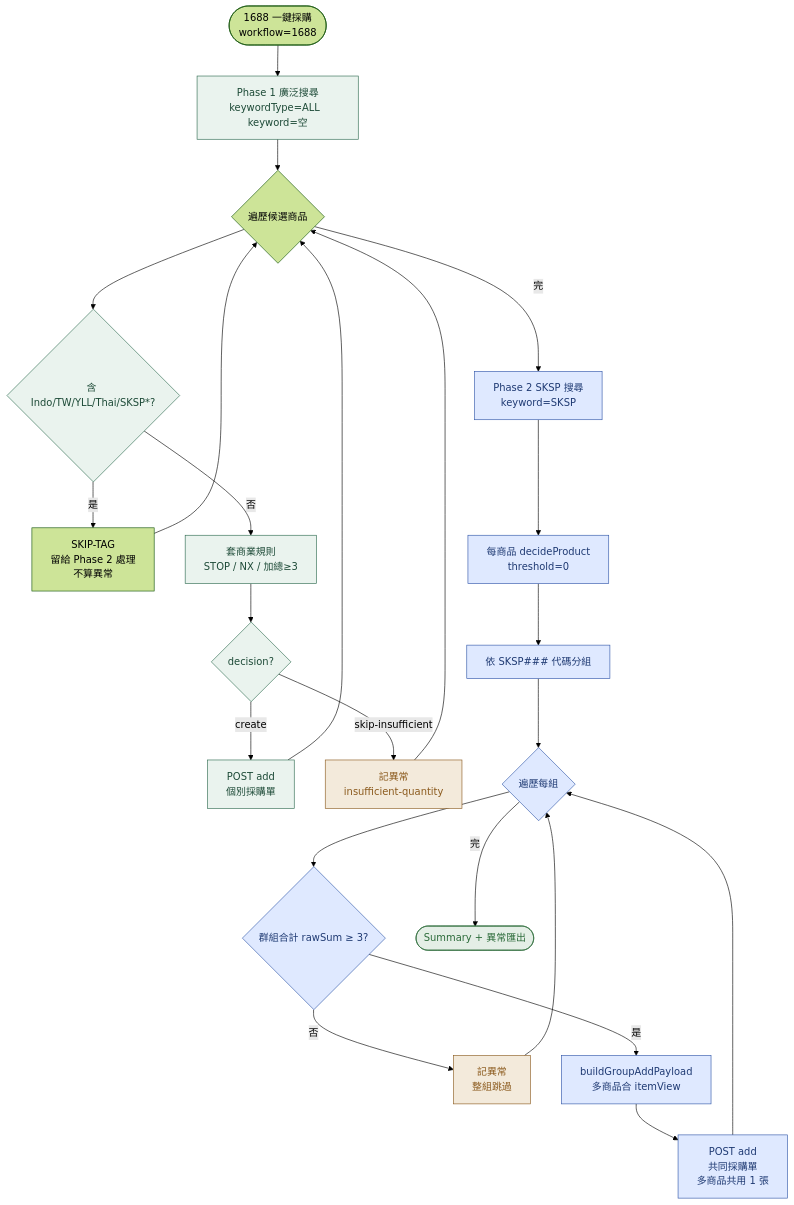
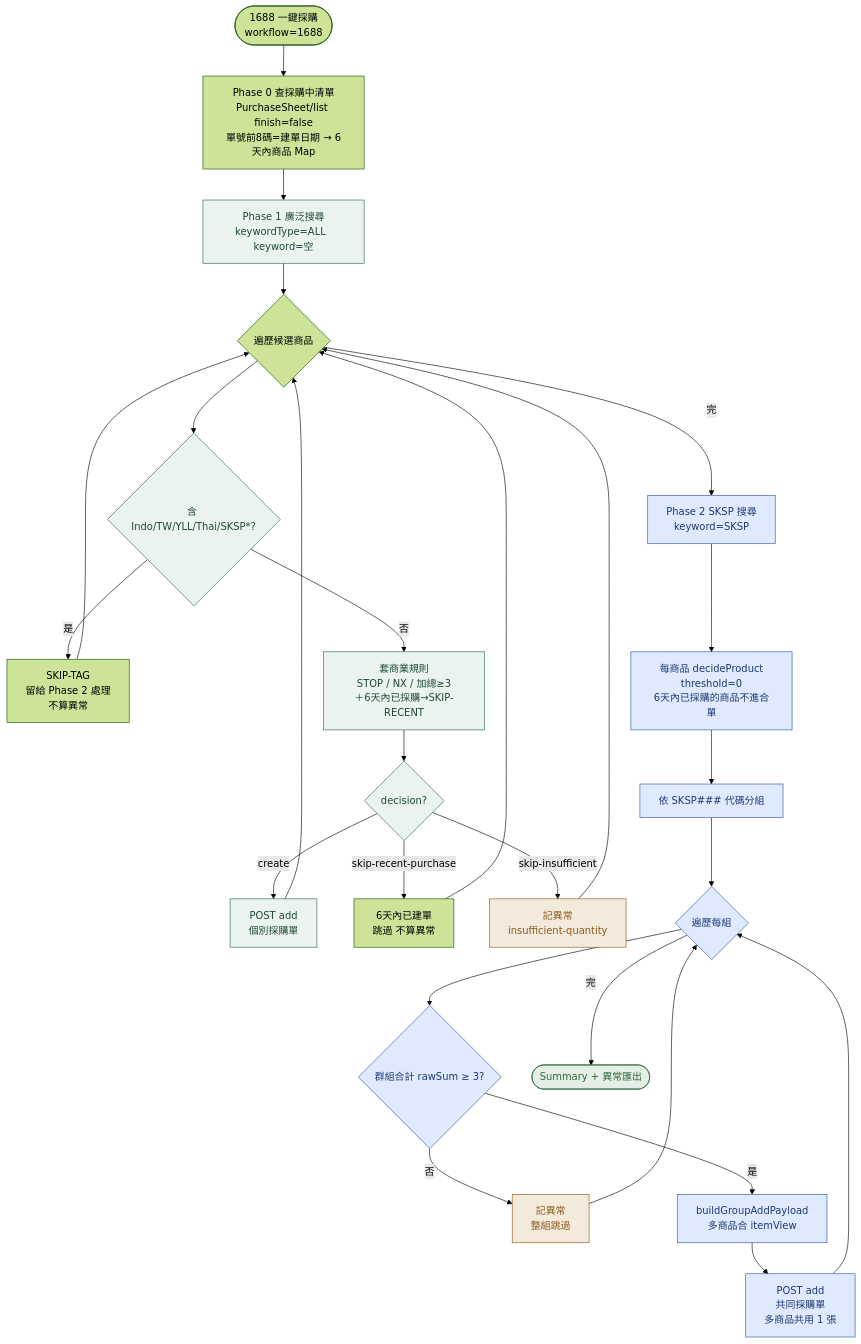
One commit to mamiclores-cloud/Justin-ERP-purchase changed the third of 6 diagrams in README.md. Above: the diagram before and after it, drawn with Mermaid (forest theme). The commit also changed other lines of this file and 4 other files, not shown here.

````diff
--- a/README.md
+++ b/README.md
@@ -221,34 +222,37 @@
 ```mermaid
 flowchart TD
-    Start([1688 一鍵採購<br/>workflow=1688]) --> P1Search[Phase 1 廣泛搜尋<br/>keywordType=ALL  keyword=空]
+    Start([1688 一鍵採購<br/>workflow=1688]) --> P0[Phase 0 查採購中清單<br/>PurchaseSheet/list finish=false<br/>單號前8碼=建單日期 → 6天內商品 Map]
+    P0 --> P1Search[Phase 1 廣泛搜尋<br/>keywordType=ALL  keyword=空]
     P1Search --> P1Loop{遍歷候選商品}
     P1Loop --> P1Tag{含 Indo/TW/YLL/Thai/SKSP*?}
     P1Tag -->|是| P1Skip[SKIP-TAG<br/>留給 Phase 2 處理<br/>不算異常]
-    P1Tag -->|否| P1Rules[套商業規則<br/>STOP / NX / 加總≥3]
+    P1Tag -->|否| P1Rules[套商業規則<br/>STOP / NX / 加總≥3<br/>＋6天內已採購→SKIP-RECENT]
     P1Rules --> P1Decide{decision?}
     P1Decide -->|create| P1Post[POST add<br/>個別採購單]
+    P1Decide -->|skip-recent-purchase| P1Recent[6天內已建單<br/>跳過 不算異常]
     P1Decide -->|skip-insufficient| P1Anom[記異常<br/>insufficient-quantity]
     P1Skip --> P1Loop
     P1Post --> P1Loop
+    P1Recent --> P1Loop
     P1Anom --> P1Loop
     P1Loop -->|完| P2Search[Phase 2 SKSP 搜尋<br/>keyword=SKSP]
-    P2Search --> P2Decide[每商品 decideProduct<br/>threshold=0]
+    P2Search --> P2Decide[每商品 decideProduct<br/>threshold=0<br/>6天內已採購的商品不進合單]
     P2Decide --> P2Group[依 SKSP### 代碼分組]
     P2Group --> P2Loop{遍歷每組}
     P2Loop --> P2Sum{群組合計 rawSum ≥ 3?}
     P2Sum -->|否| P2GAnom[記異常<br/>整組跳過]
     P2Sum -->|是| P2Build[buildGroupAddPayload<br/>多商品合 itemView]
     P2Build --> P2Post[POST add<br/>共同採購單<br/>多商品共用 1 張]
     P2GAnom --> P2Loop
     P2Post --> P2Loop
     P2Loop -->|完| End([Summary + 異常匯出])
 
     classDef anom fill:#f3eadb,stroke:#8b5a1d,color:#8b5a1d
     classDef ok fill:#e4eee6,stroke:#2c6b3a,color:#2c6b3a
     classDef p1 fill:#eaf3ee,stroke:#2d6a4f,color:#1d4a37
     classDef p2 fill:#dfe9ff,stroke:#3056a8,color:#1f3a73
     class P1Search,P1Tag,P1Rules,P1Decide,P1Post p1
     class P2Search,P2Decide,P2Group,P2Loop,P2Sum,P2Build,P2Post p2
     class P1Anom,P2GAnom anom
     class End ok
 ```
````
